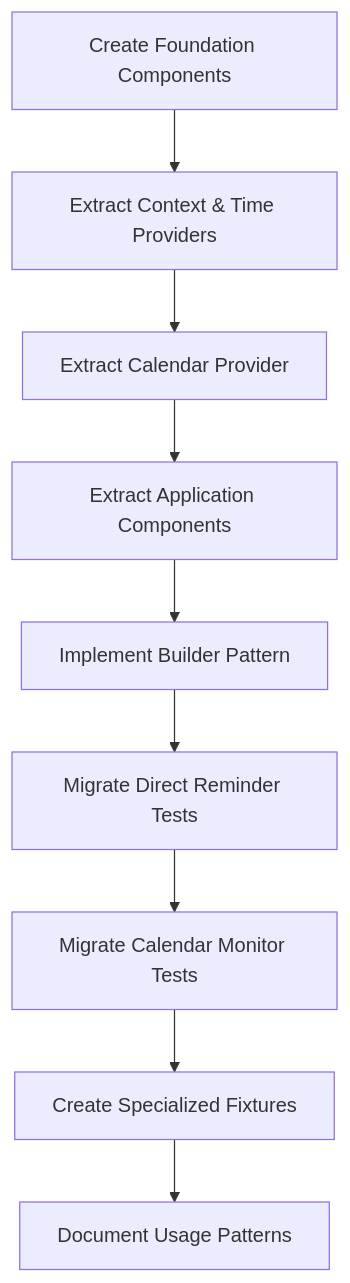
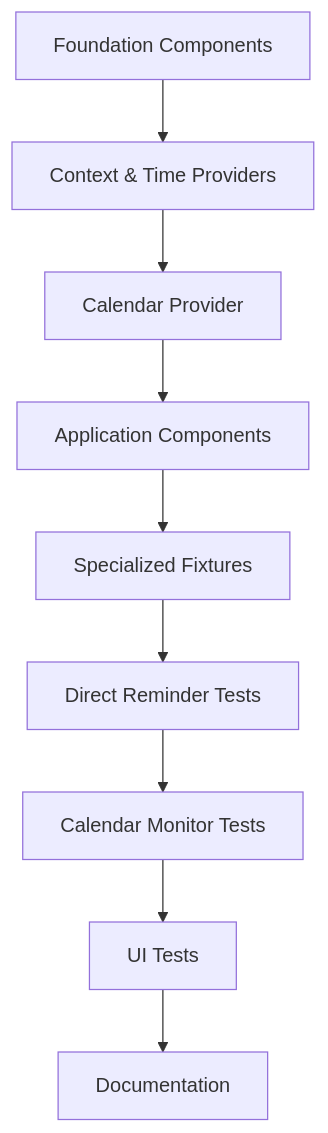
Before and after one commit to williscool/CalendarNotification: the first of 2 diagrams in docs/testing/test_fixture_refactoring.md, drawn with Mermaid. The commit also changed other lines of this file and 3 other files, not shown here.

````diff
--- a/docs/testing/test_fixture_refactoring.md
+++ b/docs/testing/test_fixture_refactoring.md
@@ -149,11 +138,11 @@
 ``` mermaid
 flowchart TD
-    A[Create Foundation Components] --> B[Extract Context & Time Providers]
-    B --> C[Extract Calendar Provider]
-    C --> D[Extract Application Components]
-    D --> E[Implement Builder Pattern]
-    E --> F[Migrate Direct Reminder Tests]
-    F --> G[Migrate Calendar Monitor Tests]
-    G --> H[Create Specialized Fixtures]
-    H --> I[Document Usage Patterns]
+    A[Foundation Components] --> B[Context & Time Providers]
+    B --> C[Calendar Provider]
+    C --> D[Application Components]
+    D --> E[Specialized Fixtures]
+    E --> F[Direct Reminder Tests]
+    F --> G[Calendar Monitor Tests]
+    G --> H[UI Tests]
+    H --> I[Documentation]
 ```
````
